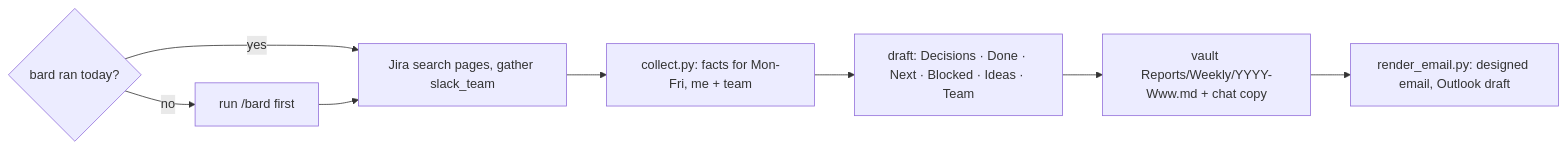
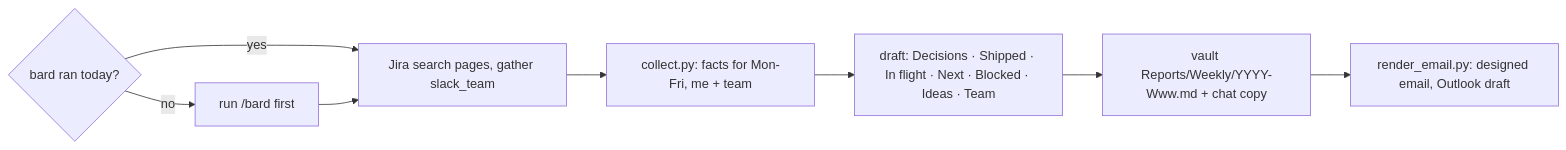
One commit to acastro2/alex-skills changed the diagram in weekly-report/SKILL.md. Above: the diagram before and after it, drawn with Mermaid. The commit also changed other lines of this file and 8 other files, not shown here.

````diff
--- a/weekly-report/SKILL.md
+++ b/weekly-report/SKILL.md
@@ -37,10 +37,10 @@
 ```mermaid
 graph LR
   F{bard ran today?} -->|no| B[run /bard first]
   F -->|yes| J
   B --> J[Jira search pages, gather slack_team]
   J --> C[collect.py: facts for Mon-Fri, me + team]
-  C --> D[draft: Decisions · Done · Next · Blocked · Ideas · Team]
+  C --> D[draft: Decisions · Shipped · In flight · Next · Blocked · Ideas · Team]
   D --> E[vault Reports/Weekly/YYYY-Www.md + chat copy]
   E --> M[render_email.py: designed email, Outlook draft]
 ```
````
